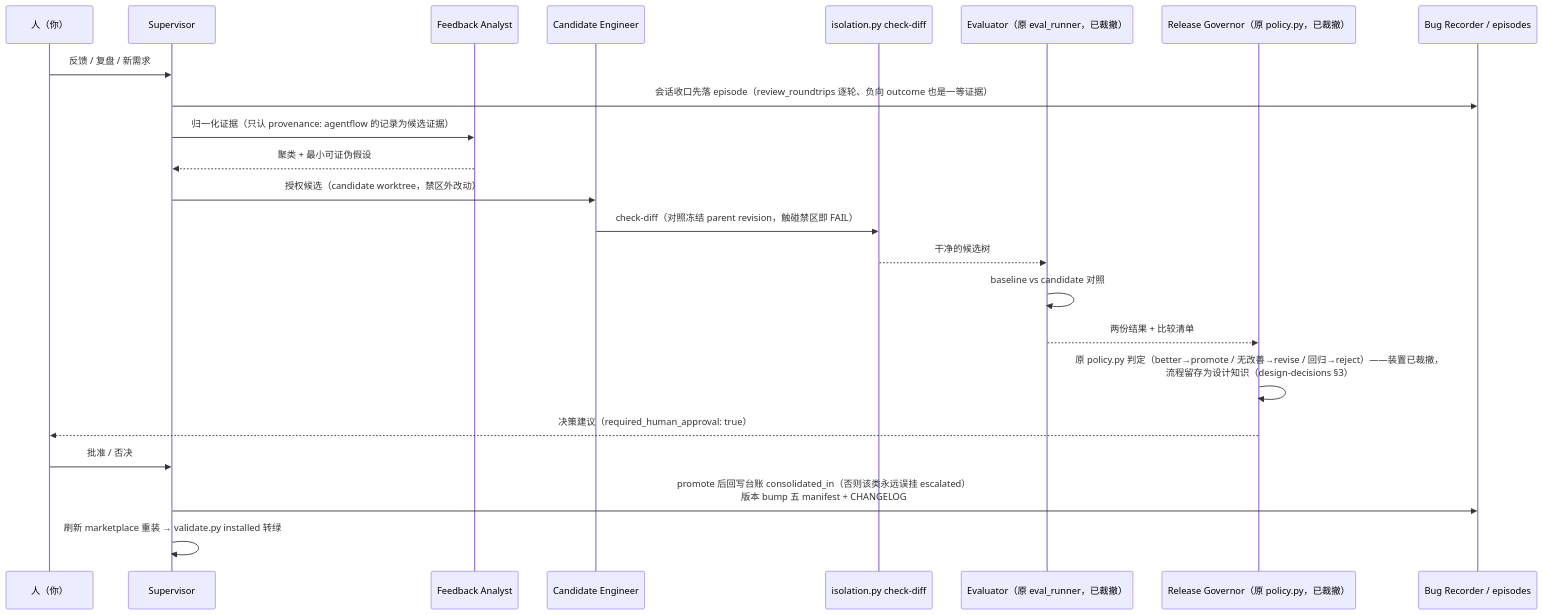
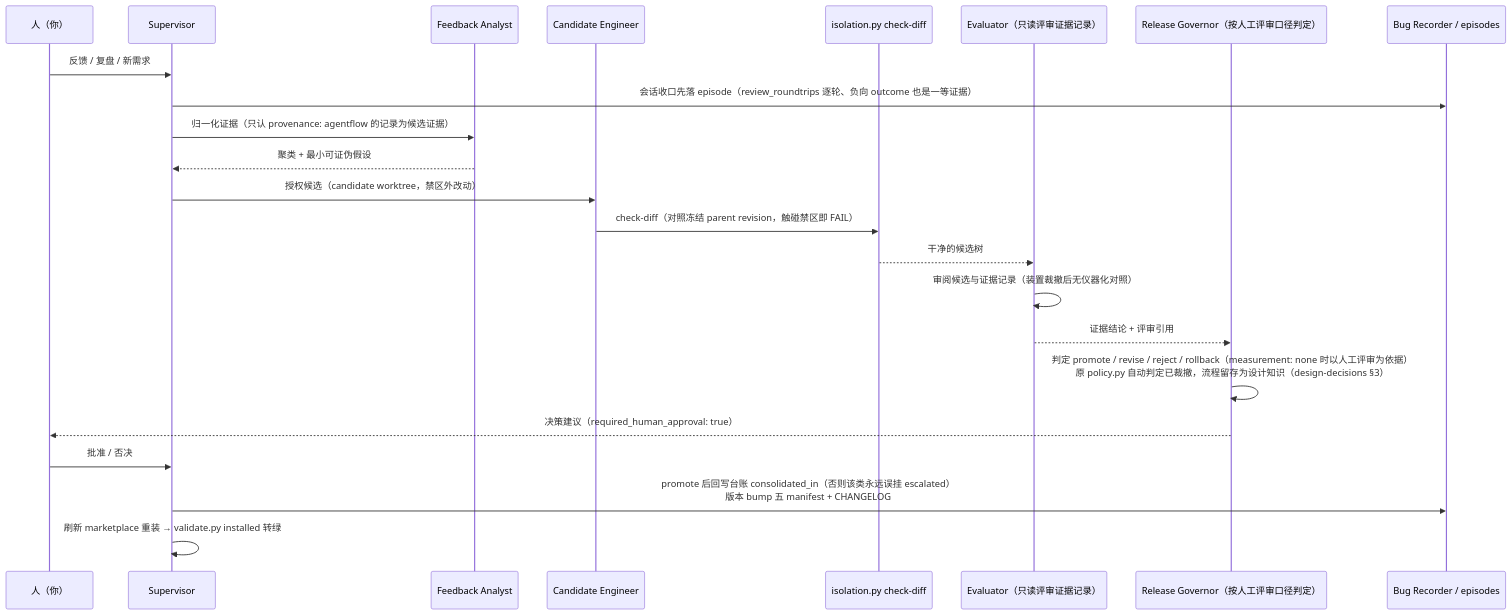
One commit to Ganseblum/agentflows changed the fourth of 5 diagrams in docs/system-guide.md. Above: the diagram before and after it, drawn with Mermaid. The commit also changed other lines of this file and 21 other files, not shown here.

````diff
--- a/docs/system-guide.md
+++ b/docs/system-guide.md
@@ -152,26 +152,26 @@
 ```mermaid
 sequenceDiagram
     participant U as 人（你）
     participant SU as Supervisor
     participant FA as Feedback Analyst
     participant CE as Candidate Engineer
     participant IS as isolation.py check-diff
-    participant EV as Evaluator（原 eval_runner，已裁撤）
-    participant RG as Release Governor（原 policy.py，已裁撤）
+    participant EV as Evaluator（只读评审证据记录）
+    participant RG as Release Governor（按人工评审口径判定）
     participant RE as Bug Recorder / episodes
 
     U->>SU: 反馈 / 复盘 / 新需求
     SU->>RE: 会话收口先落 episode（review_roundtrips 逐轮、负向 outcome 也是一等证据）
     SU->>FA: 归一化证据（只认 provenance: agentflow 的记录为候选证据）
     FA-->>SU: 聚类 + 最小可证伪假设
     SU->>CE: 授权候选（candidate worktree，禁区外改动）
     CE->>IS: check-diff（对照冻结 parent revision，触碰禁区即 FAIL）
     IS-->>EV: 干净的候选树
-    EV->>EV: baseline vs candidate 对照
-    EV-->>RG: 两份结果 + 比较清单
-    RG->>RG: 原 policy.py 判定（better→promote / 无改善→revise / 回归→reject）——装置已裁撤，<br/>流程留存为设计知识（design-decisions §3）
+    EV->>EV: 审阅候选与证据记录（装置裁撤后无仪器化对照）
+    EV-->>RG: 证据结论 + 评审引用
+    RG->>RG: 判定 promote / revise / reject / rollback（measurement: none 时以人工评审为依据）<br/>原 policy.py 自动判定已裁撤，流程留存为设计知识（design-decisions §3）
     RG-->>U: 决策建议（required_human_approval: true）
     U->>SU: 批准 / 否决
     SU->>RE: promote 后回写台账 consolidated_in（否则该类永远误挂 escalated）<br/>版本 bump 五 manifest + CHANGELOG
     SU->>SU: 刷新 marketplace 重装 → validate.py installed 转绿
 ```
````
